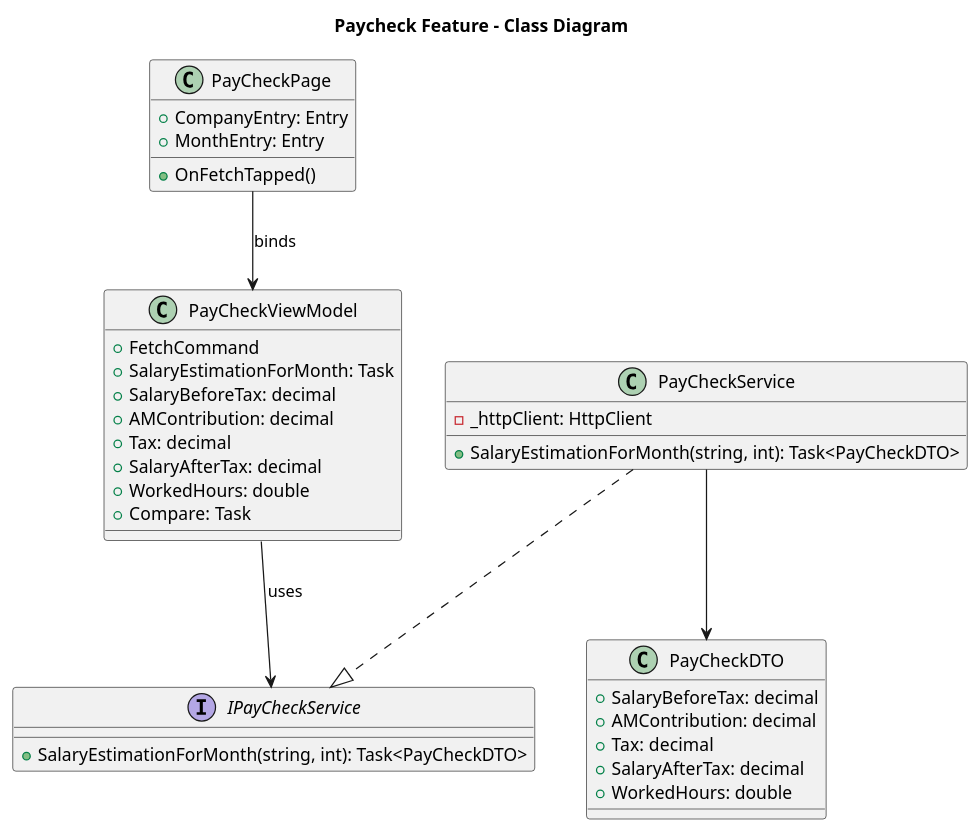
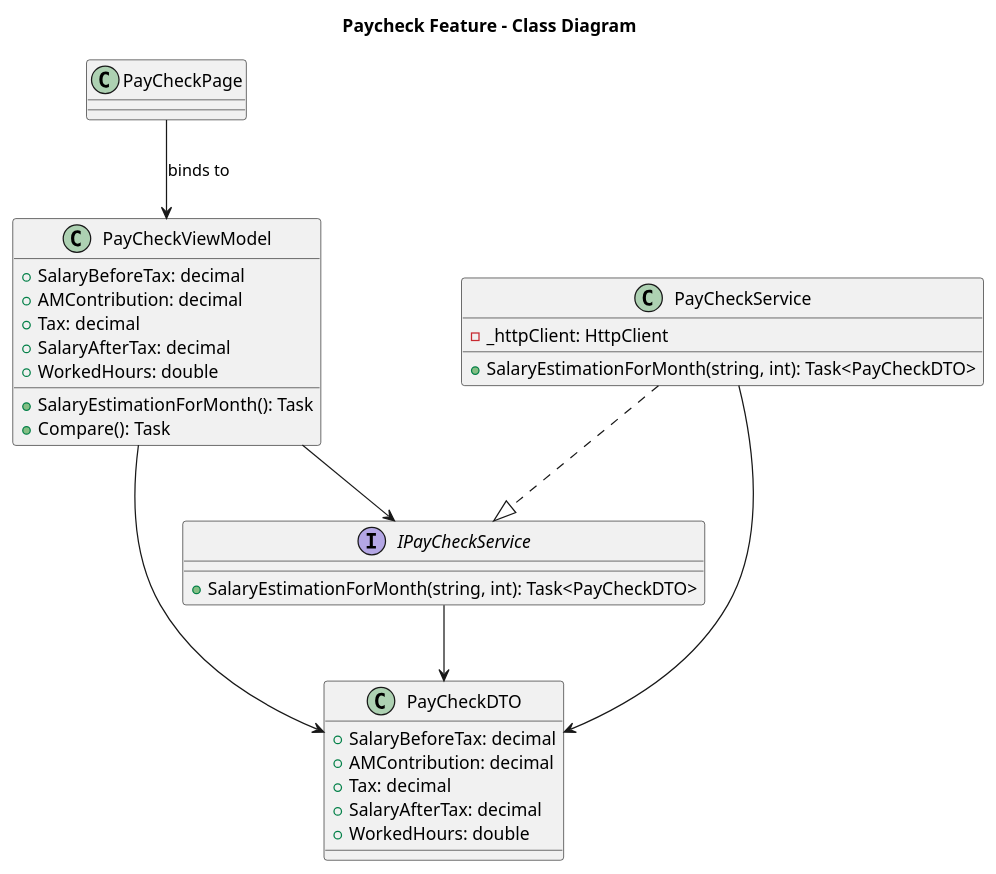
One commit to a-chiha/FinanceTrackerBackend changed the diagram in diagrams/maui/paycheck.puml. Above: the diagram before and after it, drawn with PlantUML. The commit also changed 3 other files, not shown here.

```diff
--- a/diagrams/maui/paycheck.puml
+++ b/diagrams/maui/paycheck.puml
@@ -1,49 +1,47 @@
 @startuml
 title Paycheck Feature - Class Diagram
 
 ' UI Layer
 class PayCheckPage {
-    +CompanyEntry: Entry
-    +MonthEntry: Entry
-    +OnFetchTapped()
 }
 
 ' ViewModel
 class PayCheckViewModel {
-    +FetchCommand
-    +SalaryEstimationForMonth: Task
+    +SalaryEstimationForMonth(): Task
     +SalaryBeforeTax: decimal
     +AMContribution: decimal
     +Tax: decimal
     +SalaryAfterTax: decimal
     +WorkedHours: double
-    + Compare: Task
+    + Compare(): Task
 }
 
 ' Service Interface
 interface IPayCheckService {
     +SalaryEstimationForMonth(string, int): Task<PayCheckDTO>
 }
 
 ' Service Implementation
 class PayCheckService {
     -_httpClient: HttpClient
     +SalaryEstimationForMonth(string, int): Task<PayCheckDTO>
 }
 
 ' DTO
 class PayCheckDTO {
     +SalaryBeforeTax: decimal
     +AMContribution: decimal
     +Tax: decimal
     +SalaryAfterTax: decimal
     +WorkedHours: double
 }
 
 ' Relationships
-PayCheckPage --> PayCheckViewModel : binds
-PayCheckViewModel --> IPayCheckService : uses
+PayCheckPage --> PayCheckViewModel : binds to
+PayCheckViewModel --> IPayCheckService
 PayCheckService ..|> IPayCheckService
 PayCheckService --> PayCheckDTO
+PayCheckViewModel --> PayCheckDTO
+IPayCheckService --> PayCheckDTO
 
 @enduml
```
